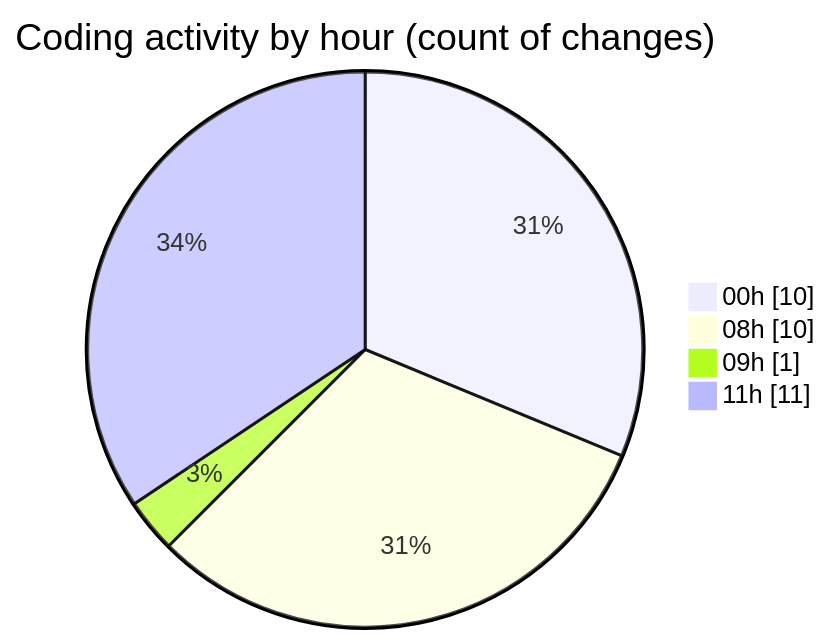
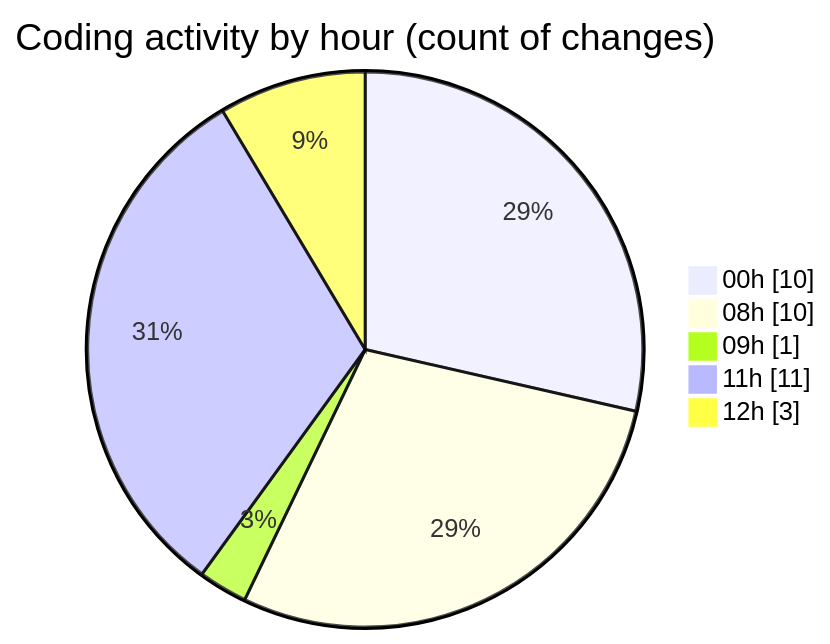
Before and after one commit to nxtqubesakshisongat/code-tracking: the second of 2 diagrams in 2026-01-20/nxtqube_webapp/README.md, drawn with Mermaid. The commit also changed other lines of this file and 1 other file, not shown here.

````diff
--- a/2026-01-20/nxtqube_webapp/README.md
+++ b/2026-01-20/nxtqube_webapp/README.md
@@ -34,8 +34,9 @@
 ```mermaid
 pie showData
 title Coding activity by hour (count of changes)
 "00h" : 10
 "08h" : 10
 "09h" : 1
 "11h" : 11
+"12h" : 3
 ```
````
